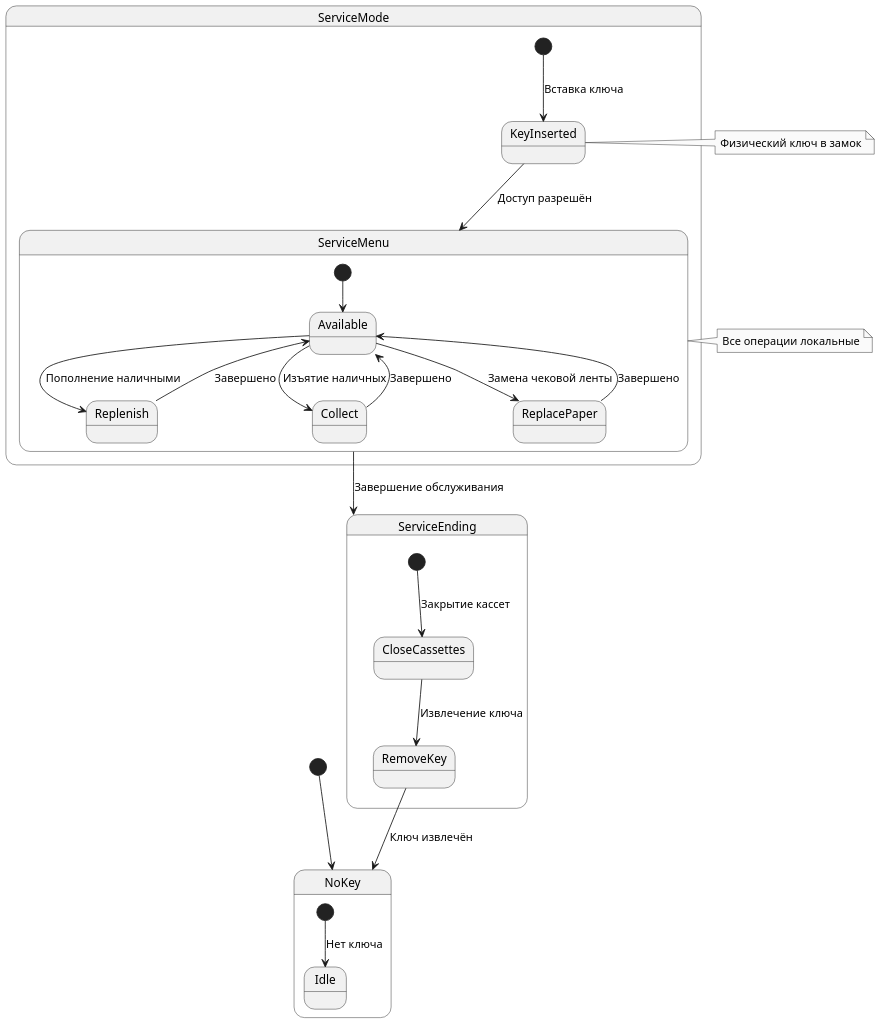
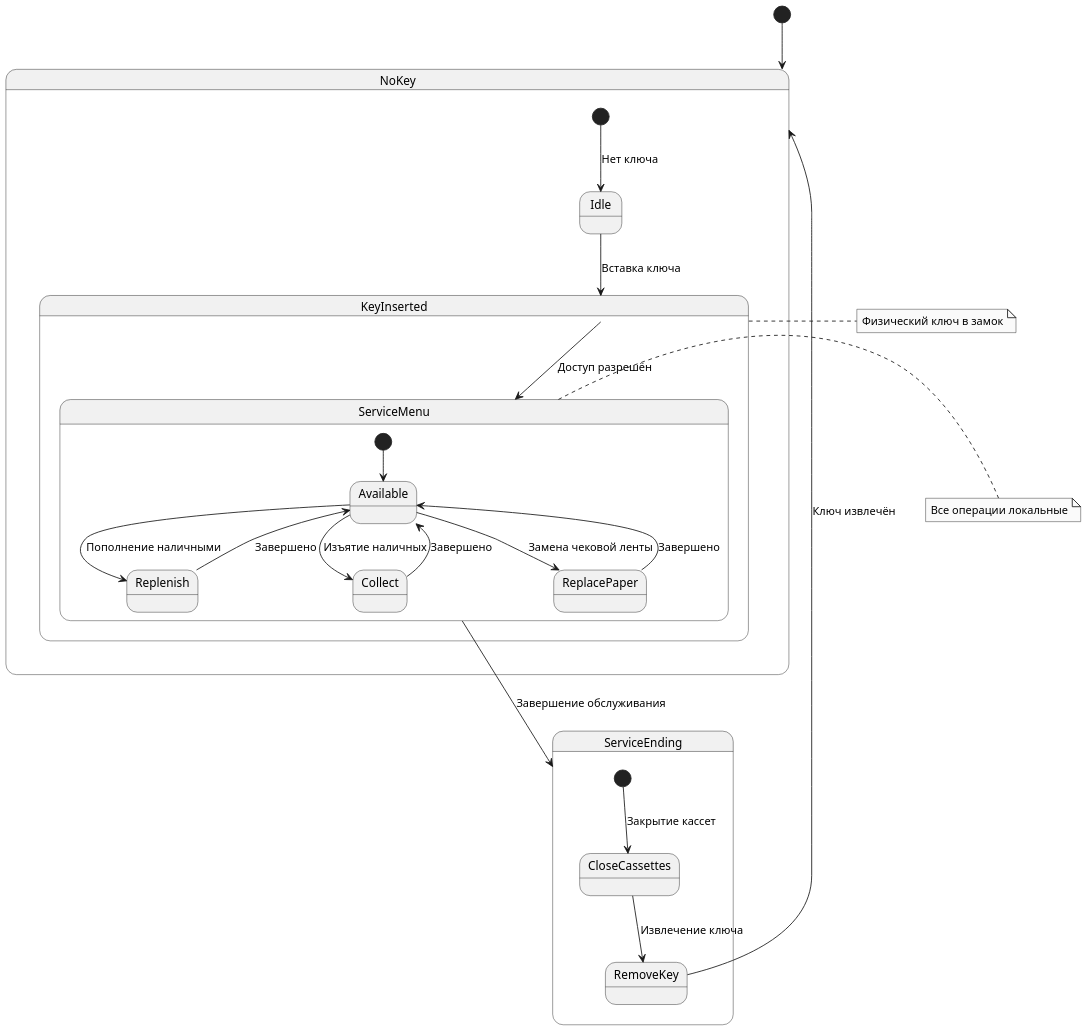
One commit to vodo4kin/PPOIS_2sem changed the diagram in labs/lab_1/uml/ATM_Service_StateMachine.puml. Above: the diagram before and after it, drawn with PlantUML. The commit also changed 3 other files, not shown here.

Commit message:
Editing status diagrams

```diff
--- a/labs/lab_1/uml/ATM_Service_StateMachine.puml
+++ b/labs/lab_1/uml/ATM_Service_StateMachine.puml
@@ -1,43 +1,43 @@
-@startuml ATM_Service_StateMachine
+@startuml ATM_Client_StateMachine
 skinparam monochrome true
 skinparam shadowing false
 skinparam dpi 150
 
 [*] --> NoKey
 
 state NoKey {
   [*] --> Idle : Нет ключа
+  Idle --> KeyInserted : Вставка ключа
 }
 
-state ServiceMode {
-  [*] --> KeyInserted : Вставка ключа
+state KeyInserted {
   KeyInserted --> ServiceMenu : Доступ разрешён
 }
 
 state ServiceMenu {
   [*] --> Available
   Available --> Replenish : Пополнение наличными
   Available --> Collect : Изъятие наличных
   Available --> ReplacePaper : Замена чековой ленты
   Replenish --> Available : Завершено
   Collect --> Available : Завершено
   ReplacePaper --> Available : Завершено
 }
 
 state ServiceEnding {
   [*] --> CloseCassettes : Закрытие кассет
   CloseCassettes --> RemoveKey : Извлечение ключа
   RemoveKey --> NoKey : Ключ извлечён
 }
 
 ServiceMenu --> ServiceEnding : Завершение обслуживания
 
 note right of KeyInserted
   Физический ключ в замок
 end note
 
 note right of ServiceMenu
   Все операции локальные
 end note
 
 @enduml
```
